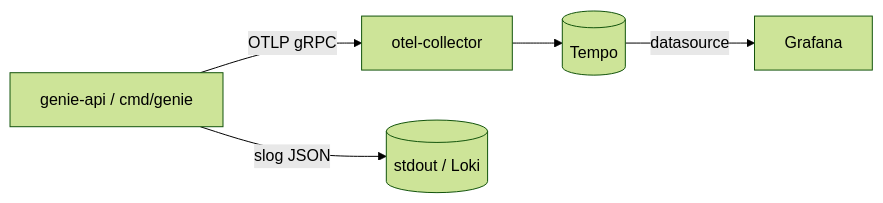
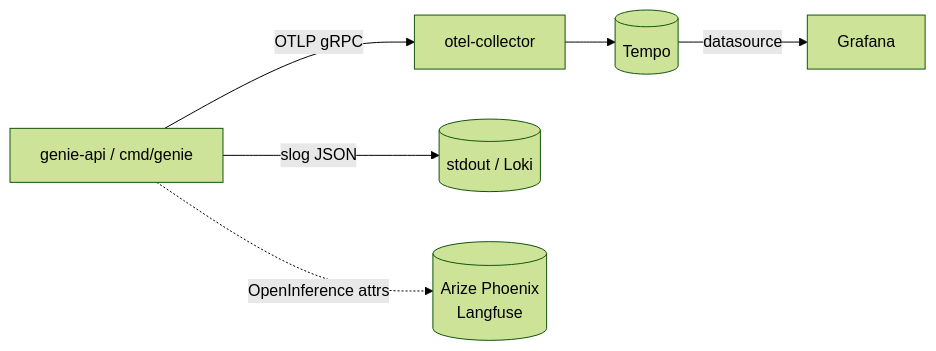
The seventh of 21 diagrams in README.md (c2siorg/genie), drawn with Mermaid (forest theme) before and after one commit. The commit also changed other lines of this file and 21 other files, not shown here.

First line of the commit message:
Real LLM providers, vision OCR, pgvector, GraphRAG, OAuth flows, federated learning + detailed README

````diff
--- a/README.md
+++ b/README.md
@@ -504,7 +692,9 @@
 ```mermaid
 flowchart LR
     APP[genie-api / cmd/genie] --OTLP gRPC--> COL[otel-collector]
     COL --> TEMPO[(Tempo)]
     APP --slog JSON--> STDOUT[(stdout / Loki)]
     TEMPO --datasource--> GRAF[Grafana]
+
+    APP -.OpenInference attrs.-> PHX[(Arize Phoenix<br/>Langfuse)]
 ```
````
